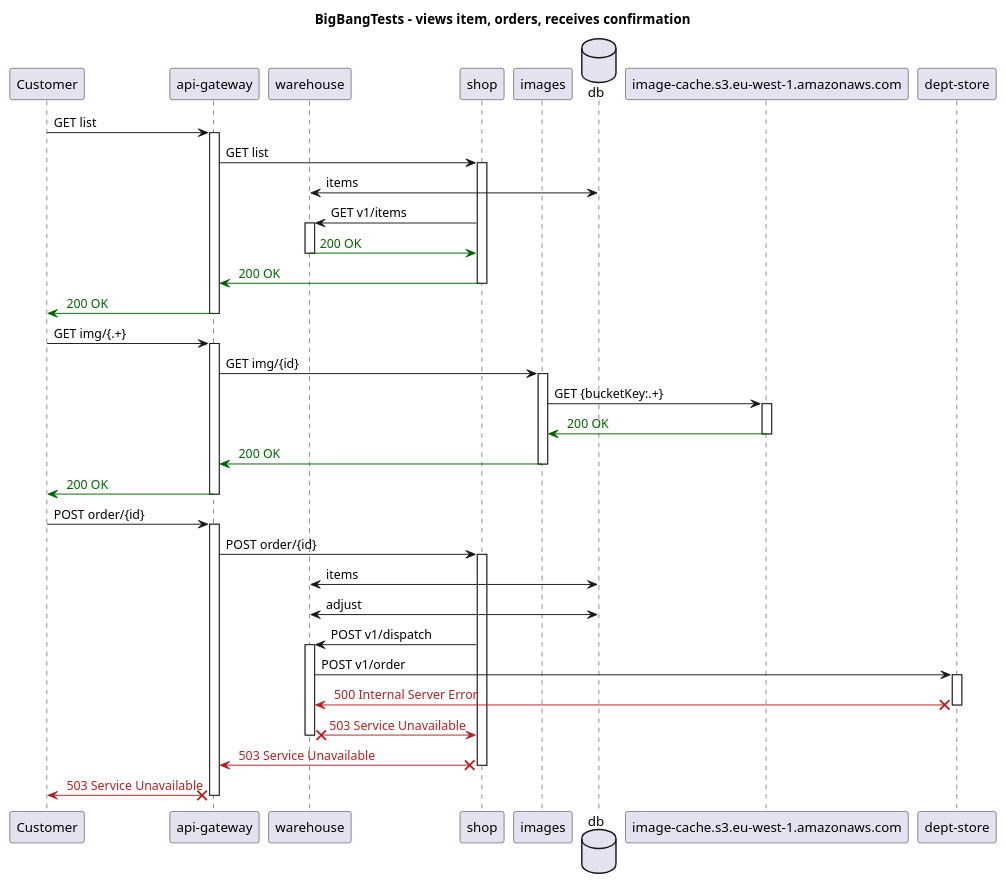
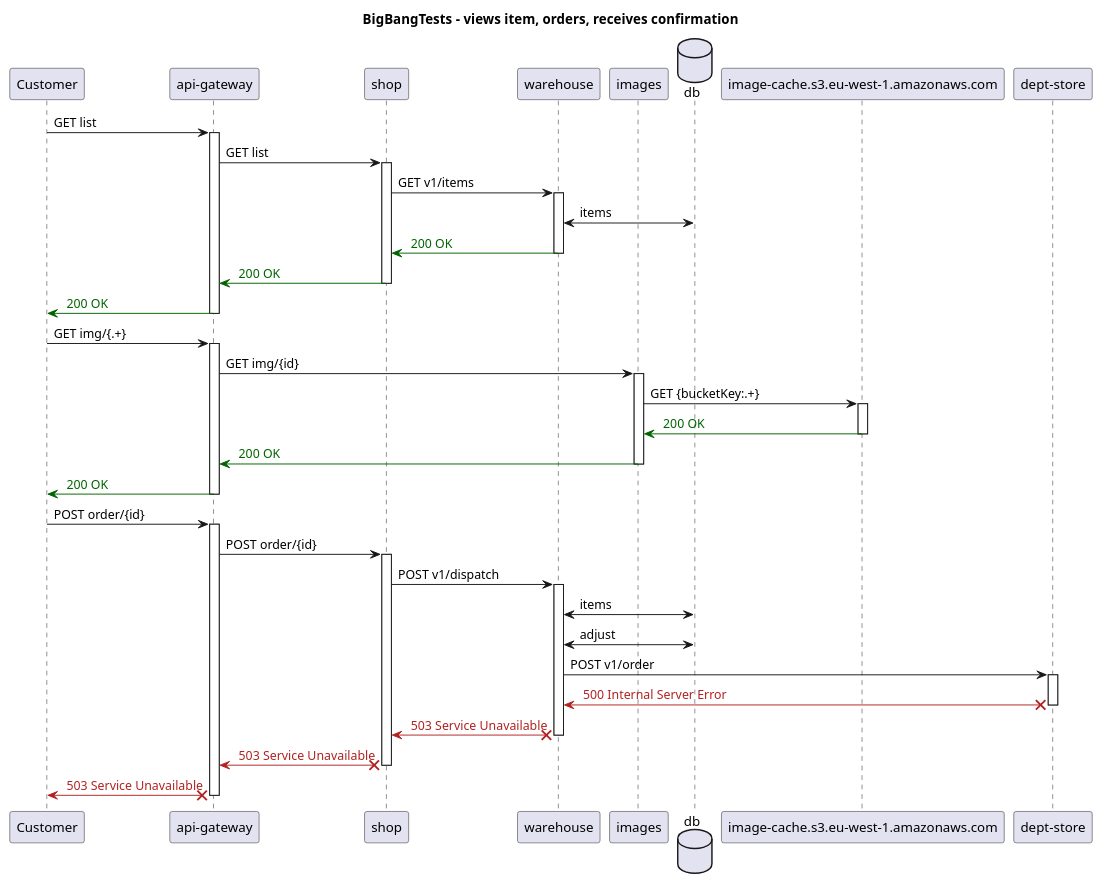
The diagram in e2e/.generated/BigBangTests - views item, orders, receives confirmation - Sequence.puml (http4k/exploring-the-testing-hyperpyramid), drawn with PlantUML before and after one commit. The commit also changed 4 other files, not shown here.

Commit message:
Upgrade versions, diagram changes to account for them

```diff
--- a/e2e/.generated/BigBangTests - views item, orders, receives confirmation - Sequence.puml
+++ b/e2e/.generated/BigBangTests - views item, orders, receives confirmation - Sequence.puml
@@ -1,57 +1,56 @@
 @startuml
 title BigBangTests - views item, orders, receives confirmation
 participant "Customer"
 participant "api-gateway"
+participant "shop"
 participant "warehouse"
-participant "shop"
 participant "images"
 database "db"
 participant "image-cache.s3.eu-west-1.amazonaws.com"
 participant "dept-store"
 "Customer" -> "api-gateway": GET list
 activate "api-gateway"
 "api-gateway" -> "shop": GET list
 activate "shop"
-"warehouse" <-> "db": items
 "shop" -> "warehouse": GET v1/items
 activate "warehouse"
-
+"warehouse" <-> "db": items
 "warehouse" -[#DarkGreen]> "shop": <color:DarkGreen> 200 OK
 deactivate "warehouse"
 "shop" -[#DarkGreen]> "api-gateway": <color:DarkGreen> 200 OK
 deactivate "shop"
 "api-gateway" -[#DarkGreen]> "Customer": <color:DarkGreen> 200 OK
 deactivate "api-gateway"
 "Customer" -> "api-gateway": GET img/{.+}
 activate "api-gateway"
 "api-gateway" -> "images": GET img/{id}
 activate "images"
 "images" -> "image-cache.s3.eu-west-1.amazonaws.com": GET {bucketKey:.+}
 activate "image-cache.s3.eu-west-1.amazonaws.com"
 
 "image-cache.s3.eu-west-1.amazonaws.com" -[#DarkGreen]> "images": <color:DarkGreen> 200 OK
 deactivate "image-cache.s3.eu-west-1.amazonaws.com"
 "images" -[#DarkGreen]> "api-gateway": <color:DarkGreen> 200 OK
 deactivate "images"
 "api-gateway" -[#DarkGreen]> "Customer": <color:DarkGreen> 200 OK
 deactivate "api-gateway"
 "Customer" -> "api-gateway": POST order/{id}
 activate "api-gateway"
 "api-gateway" -> "shop": POST order/{id}
 activate "shop"
+"shop" -> "warehouse": POST v1/dispatch
+activate "warehouse"
 "warehouse" <-> "db": items
 "warehouse" <-> "db": adjust
-"shop" -> "warehouse": POST v1/dispatch
-activate "warehouse"
 "warehouse" -> "dept-store": POST v1/order
 activate "dept-store"
 
 "dept-store" X-[#FireBrick]> "warehouse": <color:FireBrick> 500 Internal Server Error
 deactivate "dept-store"
 "warehouse" X-[#FireBrick]> "shop": <color:FireBrick> 503 Service Unavailable
 deactivate "warehouse"
 "shop" X-[#FireBrick]> "api-gateway": <color:FireBrick> 503 Service Unavailable
 deactivate "shop"
 "api-gateway" X-[#FireBrick]> "Customer": <color:FireBrick> 503 Service Unavailable
 deactivate "api-gateway"
 @enduml
```
